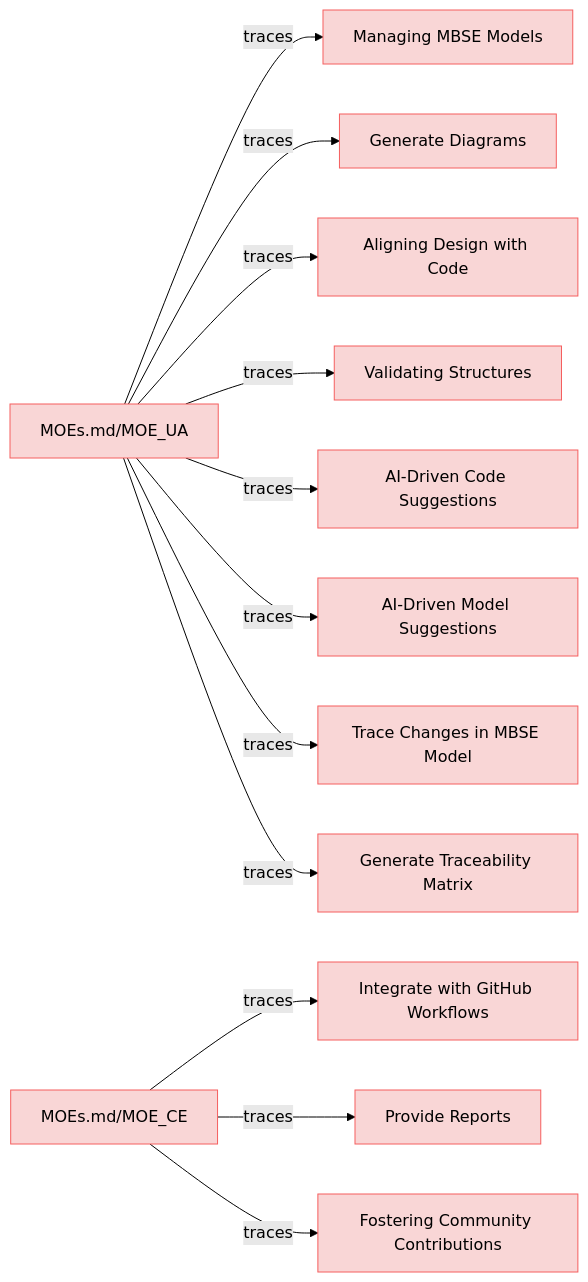
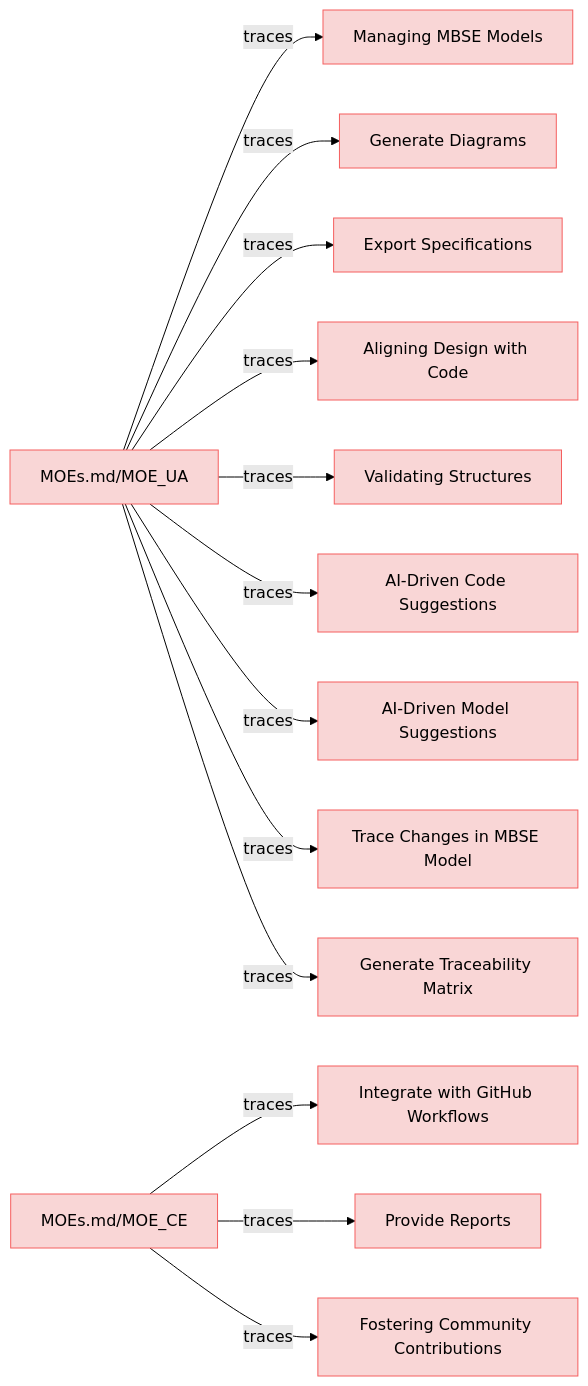
Before and after one commit to reqvire-org/reqvire: the diagram in specifications/UserStories.md, drawn with Mermaid (forest theme). The commit also changed other lines of this file and 16 other files, not shown here.

````diff
--- a/specifications/UserStories.md
+++ b/specifications/UserStories.md
@@ -12,61 +12,65 @@
 ```mermaid
 graph LR;
   %% Graph styling
   classDef requirement fill:#f9d6d6,stroke:#f55f5f,stroke-width:1px;
   classDef satisfies fill:#fff2cc,stroke:#ffcc00,stroke-width:1px;
   classDef verification fill:#d6f9d6,stroke:#5fd75f,stroke-width:1px;
   classDef externalLink fill:#d0e0ff,stroke:#3080ff,stroke-width:1px;
   classDef paragraph fill:#efefef,stroke:#999999,stroke-width:1px;
   classDef default fill:#f5f5f5,stroke:#333333,stroke-width:1px;
 
     Managing_MBSE_Models["Managing MBSE Models"];
     click Managing_MBSE_Models "UserStories.md#managing-mbse-models";
     class Managing_MBSE_Models requirement;
     _MOEs_md_MOE_UA__MOEs_md_moe_ua_ -->|traces| Managing_MBSE_Models;
     _MOEs_md_MOE_UA__MOEs_md_moe_ua_["MOEs.md/MOE_UA"];
     click _MOEs_md_MOE_UA__MOEs_md_moe_ua_ "MOEs.md#moe_ua";
     class _MOEs_md_MOE_UA__MOEs_md_moe_ua_ requirement;
     Generate_Diagrams["Generate Diagrams"];
     click Generate_Diagrams "UserStories.md#generate-diagrams";
     class Generate_Diagrams requirement;
     _MOEs_md_MOE_UA__MOEs_md_moe_ua_ -->|traces| Generate_Diagrams;
+    Export_Specifications["Export Specifications"];
+    click Export_Specifications "UserStories.md#export-specifications";
+    class Export_Specifications requirement;
+    _MOEs_md_MOE_UA__MOEs_md_moe_ua_ -->|traces| Export_Specifications;
     Aligning_Design_with_Code["Aligning Design with Code"];
     click Aligning_Design_with_Code "UserStories.md#aligning-design-with-code";
     class Aligning_Design_with_Code requirement;
     _MOEs_md_MOE_UA__MOEs_md_moe_ua_ -->|traces| Aligning_Design_with_Code;
     Validating_Structures["Validating Structures"];
     click Validating_Structures "UserStories.md#validating-structures";
     class Validating_Structures requirement;
     _MOEs_md_MOE_UA__MOEs_md_moe_ua_ -->|traces| Validating_Structures;
     Integrate_with_GitHub_Workflows["Integrate with GitHub Workflows"];
     click Integrate_with_GitHub_Workflows "UserStories.md#integrate-with-github-workflows";
     class Integrate_with_GitHub_Workflows requirement;
     _MOEs_md_MOE_CE__MOEs_md_moe_ce_ -->|traces| Integrate_with_GitHub_Workflows;
     _MOEs_md_MOE_CE__MOEs_md_moe_ce_["MOEs.md/MOE_CE"];
     click _MOEs_md_MOE_CE__MOEs_md_moe_ce_ "MOEs.md#moe_ce";
     class _MOEs_md_MOE_CE__MOEs_md_moe_ce_ requirement;
     AI_Driven_Code_Suggestions["AI-Driven Code Suggestions"];
     click AI_Driven_Code_Suggestions "UserStories.md#ai-driven-code-suggestions";
     class AI_Driven_Code_Suggestions requirement;
     _MOEs_md_MOE_UA__MOEs_md_moe_ua_ -->|traces| AI_Driven_Code_Suggestions;
     AI_Driven_Model_Suggestions["AI-Driven Model Suggestions"];
     click AI_Driven_Model_Suggestions "UserStories.md#ai-driven-model-suggestions";
     class AI_Driven_Model_Suggestions requirement;
     _MOEs_md_MOE_UA__MOEs_md_moe_ua_ -->|traces| AI_Driven_Model_Suggestions;
     Provide_Reports["Provide Reports"];
     click Provide_Reports "UserStories.md#provide-reports";
     class Provide_Reports requirement;
     _MOEs_md_MOE_CE__MOEs_md_moe_ce_ -->|traces| Provide_Reports;
     Trace_Changes_in_MBSE_Model["Trace Changes in MBSE Model"];
     click Trace_Changes_in_MBSE_Model "UserStories.md#trace-changes-in-mbse-model";
     class Trace_Changes_in_MBSE_Model requirement;
     _MOEs_md_MOE_UA__MOEs_md_moe_ua_ -->|traces| Trace_Changes_in_MBSE_Model;
     Generate_Traceability_Matrix["Generate Traceability Matrix"];
     click Generate_Traceability_Matrix "UserStories.md#generate-traceability-matrix";
     class Generate_Traceability_Matrix requirement;
     _MOEs_md_MOE_UA__MOEs_md_moe_ua_ -->|traces| Generate_Traceability_Matrix;
     Fostering_Community_Contributions["Fostering Community Contributions"];
     click Fostering_Community_Contributions "UserStories.md#fostering-community-contributions";
     class Fostering_Community_Contributions requirement;
     _MOEs_md_MOE_CE__MOEs_md_moe_ce_ -->|traces| Fostering_Community_Contributions;
 ```
````
